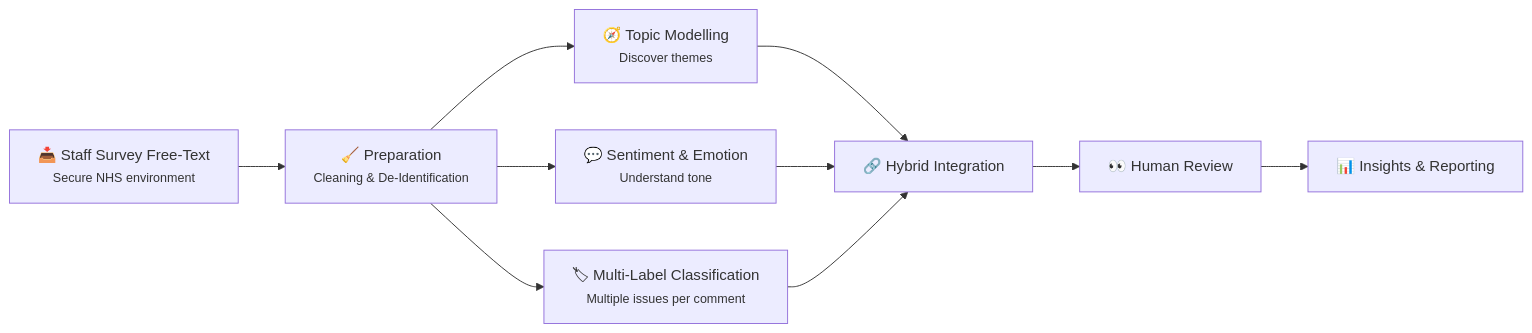
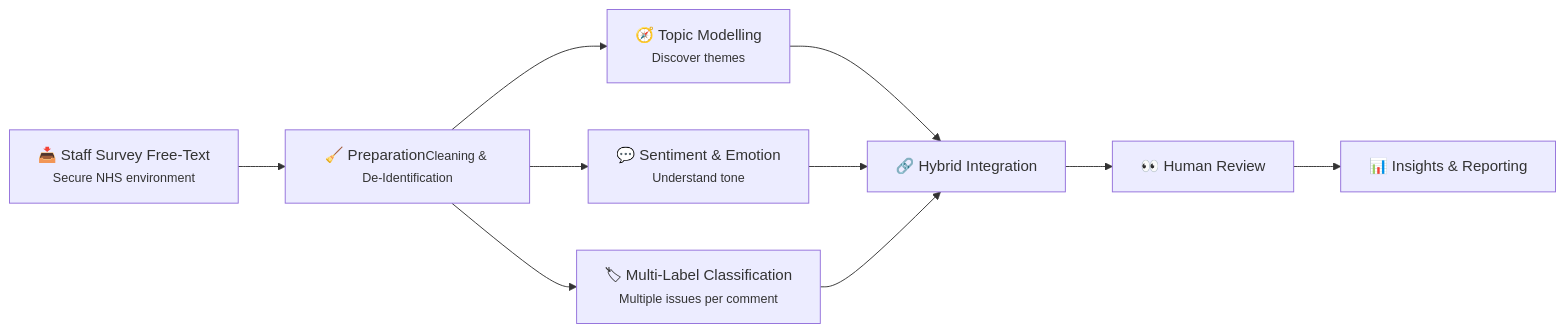
The diagram in README.md (Krsetyi/Y3_EPA_NHS-Staff-Survey_NLP-Hybrid-Workflow), drawn with Mermaid before and after one commit.

````diff
--- a/README.md
+++ b/README.md
@@ -12,16 +12,16 @@
 ```mermaid
 flowchart LR
     A[📥 Staff Survey Free‑Text<br><small>Secure NHS environment</small>] --> 
-    B[🧹 Preparation<br><small>Cleaning & De‑Identification</small>]
+    B[🧹 Preparation<small>Cleaning & De‑Identification</small>]
 
     B --> C[🧭 Topic Modelling<br><small>Discover themes</small>]
     B --> D[💬 Sentiment & Emotion<br><small>Understand tone</small>]
     B --> E[🏷 Multi‑Label Classification<br><small>Multiple issues per comment</small>]
 
     C --> F[🔗 Hybrid Integration]
     D --> F
     E --> F
 
     F --> G[👀 Human Review]
     G --> H[📊 Insights & Reporting]
 ```
````
